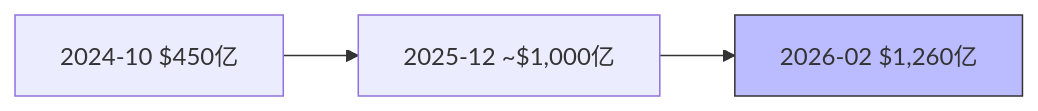
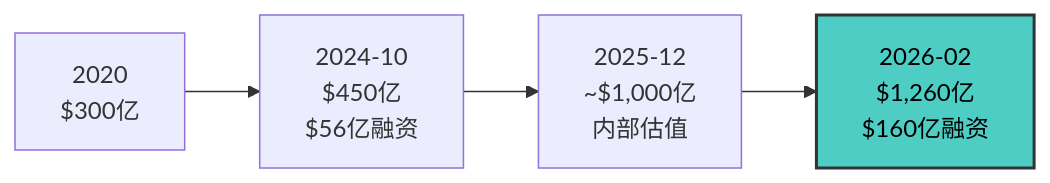
The sixth of 14 diagrams in reports/TSLA/staging/moduleC_competition.md (miltonnewyork25-afk/investment-master), drawn with Mermaid before and after one commit. The commit also changed other lines of this file and 6 other files, not shown here.

````diff
--- a/reports/TSLA/staging/moduleC_competition.md
+++ b/reports/TSLA/staging/moduleC_competition.md
@@ -98,5 +209,7 @@
 ```mermaid
 graph LR
-    A["2024-10 $450亿"] --> B["2025-12 ~$1,000亿"] --> C["2026-02 $1,260亿"]
-    style C fill:#bbf,stroke:#333
+    A["2020<br/>$300亿"] --> B["2024-10<br/>$450亿<br/>$56亿融资"]
+    B --> C["2025-12<br/>~$1,000亿<br/>内部估值"]
+    C --> D["2026-02<br/>$1,260亿<br/>$160亿融资"]
+    style D fill:#4ecdc4,stroke:#333,stroke-width:2px,color:#000
 ```
````
